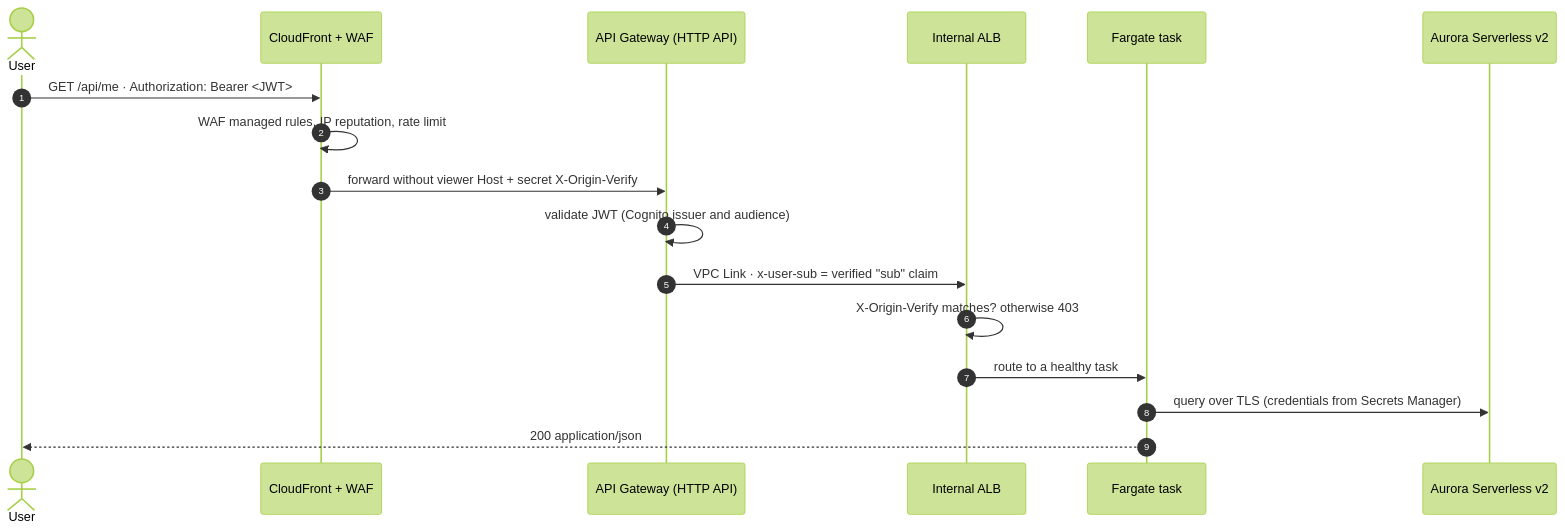
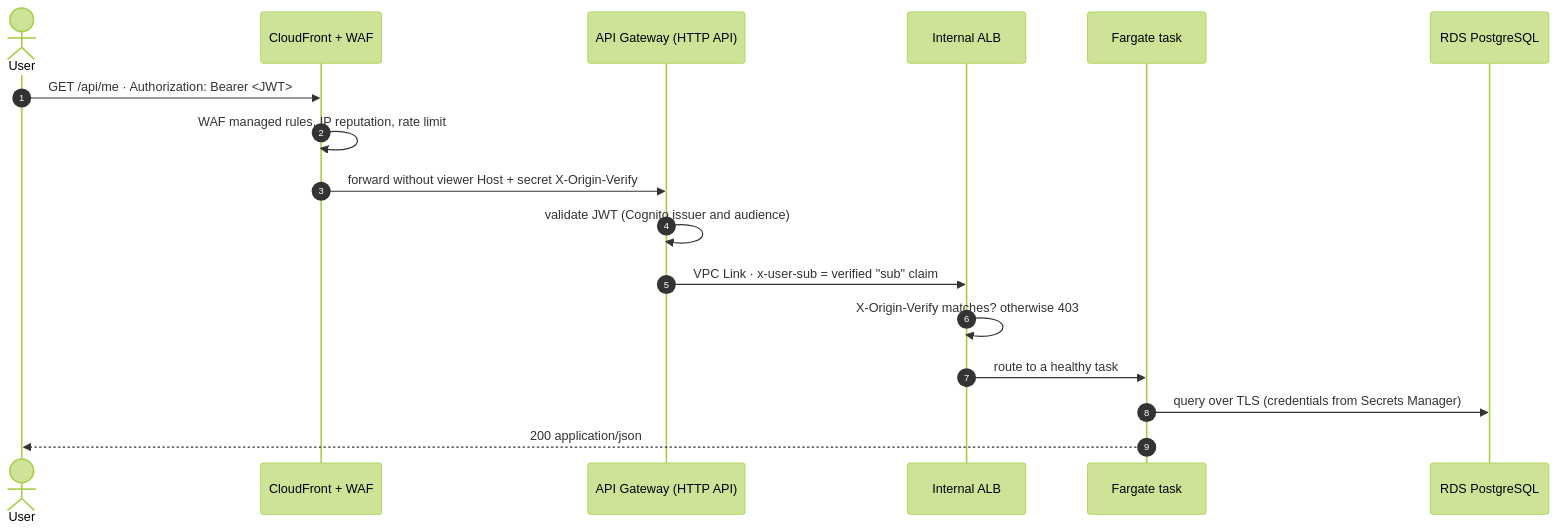
The second of 3 diagrams in README.md (vfernandezg-dev/aws-reservations-platform), drawn with Mermaid (forest theme) before and after one commit. The commit also changed other lines of this file and 48 other files, not shown here.

First line of the commit message:
feat(db): RDS for PostgreSQL 18 on Graviton; fix ALB desync mode

````diff
--- a/README.md
+++ b/README.md
@@ -87,19 +87,19 @@
 ```mermaid
 sequenceDiagram
   autonumber
   actor U as User
   participant CF as CloudFront + WAF
   participant GW as API Gateway (HTTP API)
   participant ALB as Internal ALB
   participant T as Fargate task
-  participant DB as Aurora Serverless v2
+  participant DB as RDS PostgreSQL
   U->>CF: GET /api/me · Authorization: Bearer <JWT>
   CF->>CF: WAF managed rules, IP reputation, rate limit
   CF->>GW: forward without viewer Host + secret X-Origin-Verify
   GW->>GW: validate JWT (Cognito issuer and audience)
   GW->>ALB: VPC Link · x-user-sub = verified "sub" claim
   ALB->>ALB: X-Origin-Verify matches? otherwise 403
   ALB->>T: route to a healthy task
   T->>DB: query over TLS (credentials from Secrets Manager)
   T-->>U: 200 application/json
 ```
````
